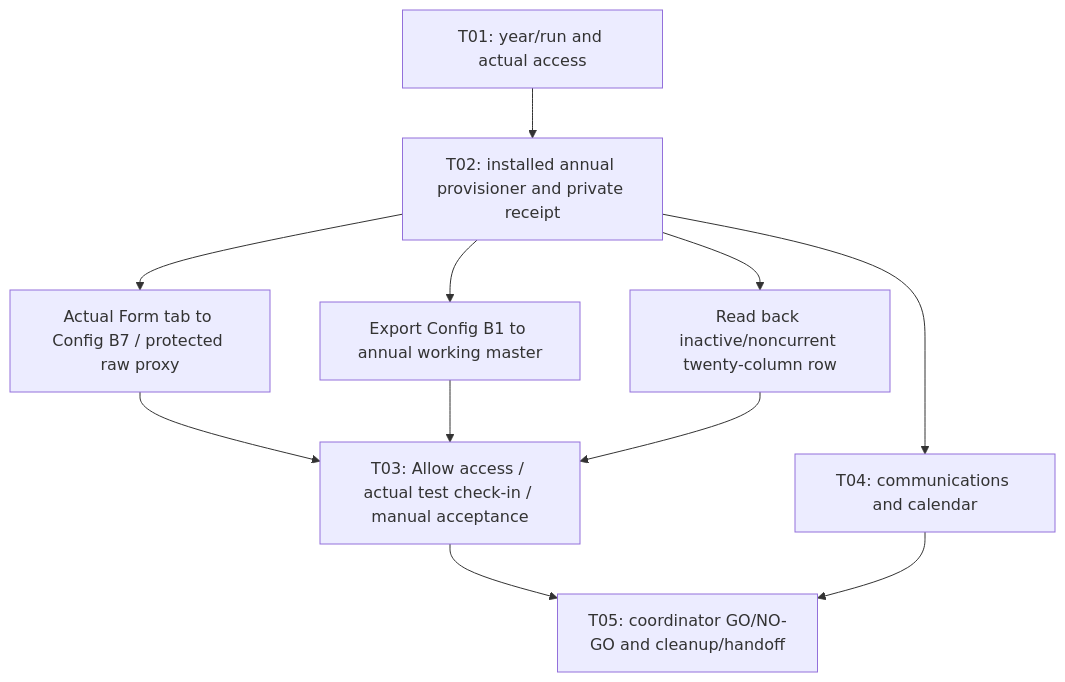
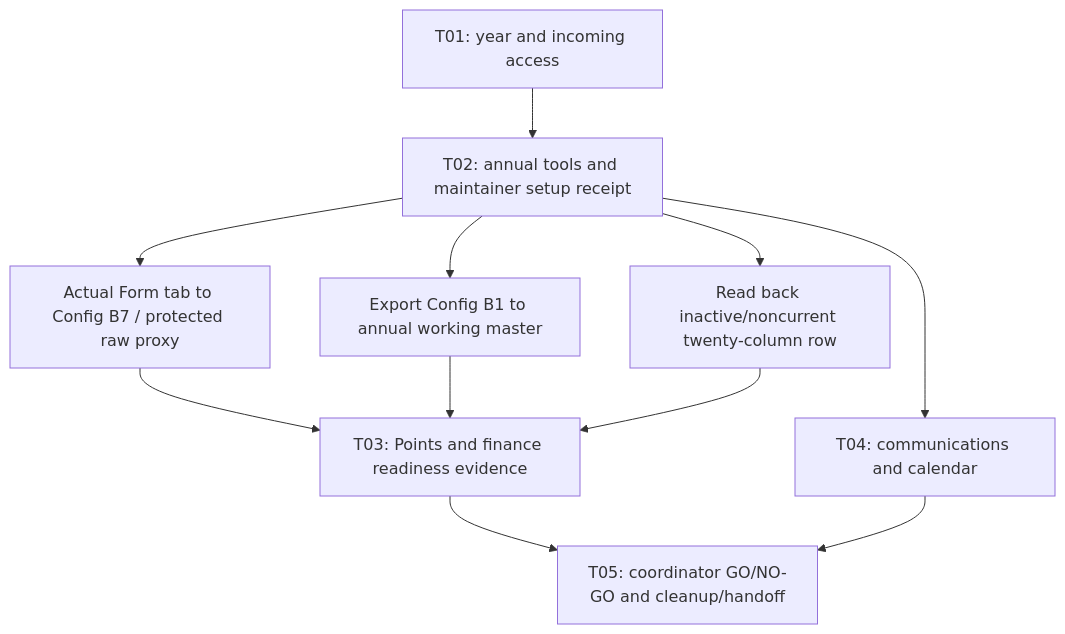
Before and after one commit to ASME-OSU/ASME-HUB: the diagram in docs/officer-transition/system-flow.md, drawn with Mermaid. The commit also changed other lines of this file and 13 other files, not shown here.

````diff
--- a/docs/officer-transition/system-flow.md
+++ b/docs/officer-transition/system-flow.md
@@ -7,13 +7,13 @@
 ```mermaid
 flowchart TD
- A[T01: year/run and actual access] --> B[T02: installed annual provisioner and private receipt]
+ A[T01: year and incoming access] --> B[T02: annual tools and maintainer setup receipt]
  B --> C[Actual Form tab to Config B7 / protected raw proxy]
  B --> D[Export Config B1 to annual working master]
  B --> E[Read back inactive/noncurrent twenty-column row]
- C --> F[T03: Allow access / actual test check-in / manual acceptance]
+ C --> F[T03: Points and finance readiness evidence]
  D --> F
  E --> F
  B --> G[T04: communications and calendar]
  F --> H[T05: coordinator GO/NO-GO and cleanup/handoff]
  G --> H
 ```
````
